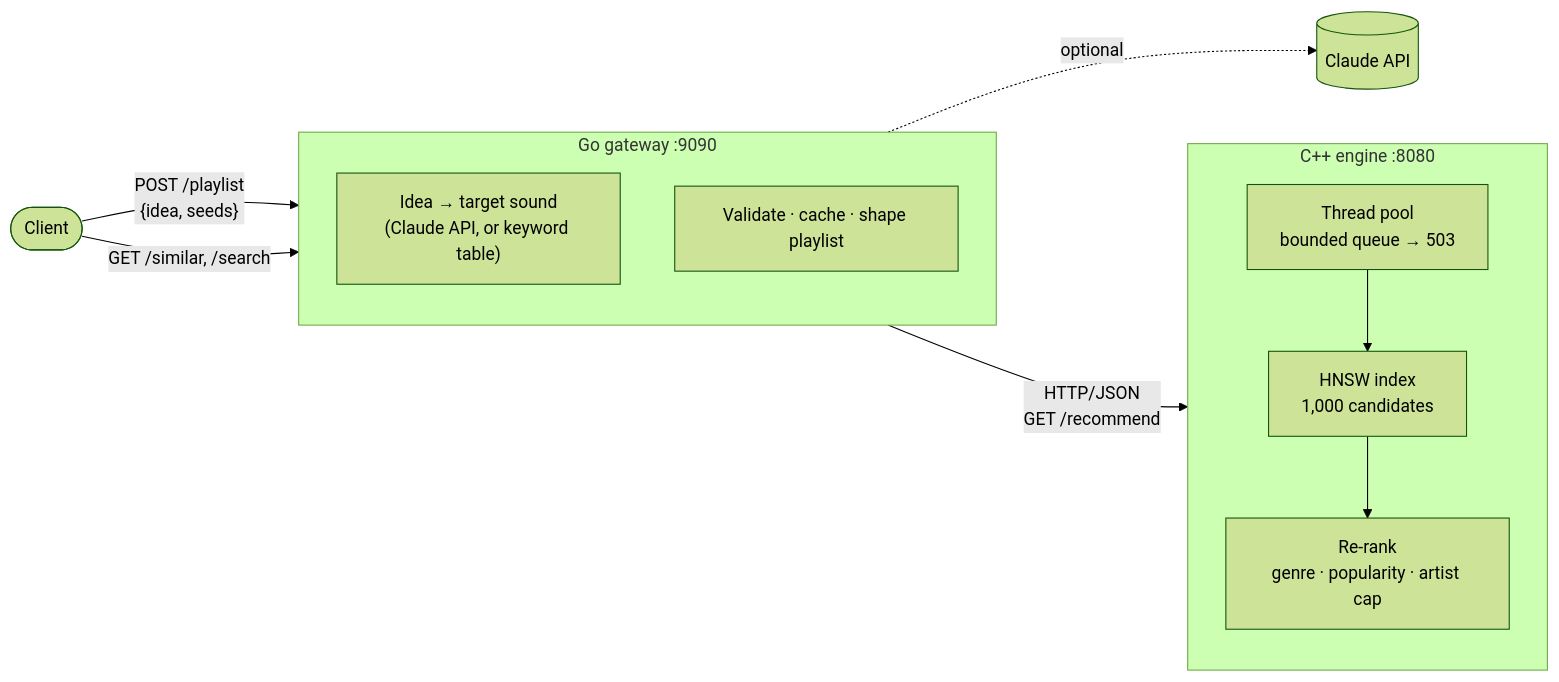
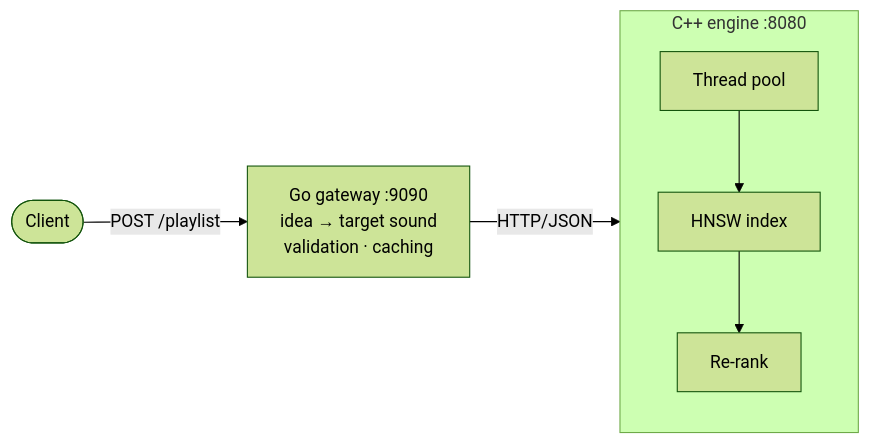
The diagram in README.md (lelili23/playlist-engine), drawn with Mermaid (forest theme) before and after one commit. The commit also changed other lines of this file and 4 other files, not shown here.

````diff
--- a/README.md
+++ b/README.md
@@ -23,19 +21,9 @@
 ```mermaid
 flowchart LR
-    client([Client]) -->|"POST /playlist<br/>{idea, seeds}"| gw
-    client -->|"GET /similar, /search"| gw
-    subgraph gw [Go gateway :9090]
-        direction TB
-        interp["Idea → target sound<br/>(Claude API, or keyword table)"]
-        valid["Validate · cache · shape playlist"]
-    end
-    gw -.->|"optional"| llm[(Claude API)]
-    gw -->|"HTTP/JSON<br/>GET /recommend"| eng
+    client([Client]) -->|"POST /playlist"| gw["Go gateway :9090<br/>idea → target sound<br/>validation · caching"]
+    gw -->|"HTTP/JSON"| eng
     subgraph eng [C++ engine :8080]
         direction TB
-        pool["Thread pool<br/>bounded queue → 503"]
-        hnsw["HNSW index<br/>1,000 candidates"]
-        rerank["Re-rank<br/>genre · popularity · artist cap"]
-        pool --> hnsw --> rerank
+        pool["Thread pool"] --> hnsw["HNSW index"] --> rerank["Re-rank"]
     end
 ```
````
